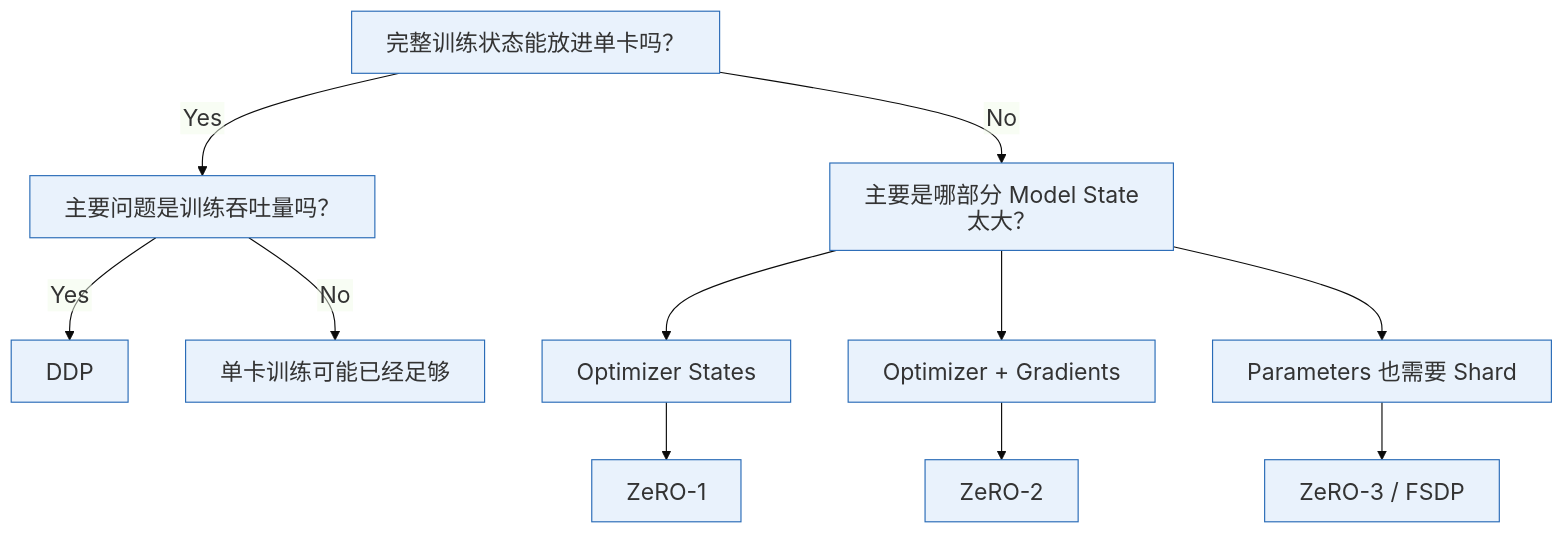
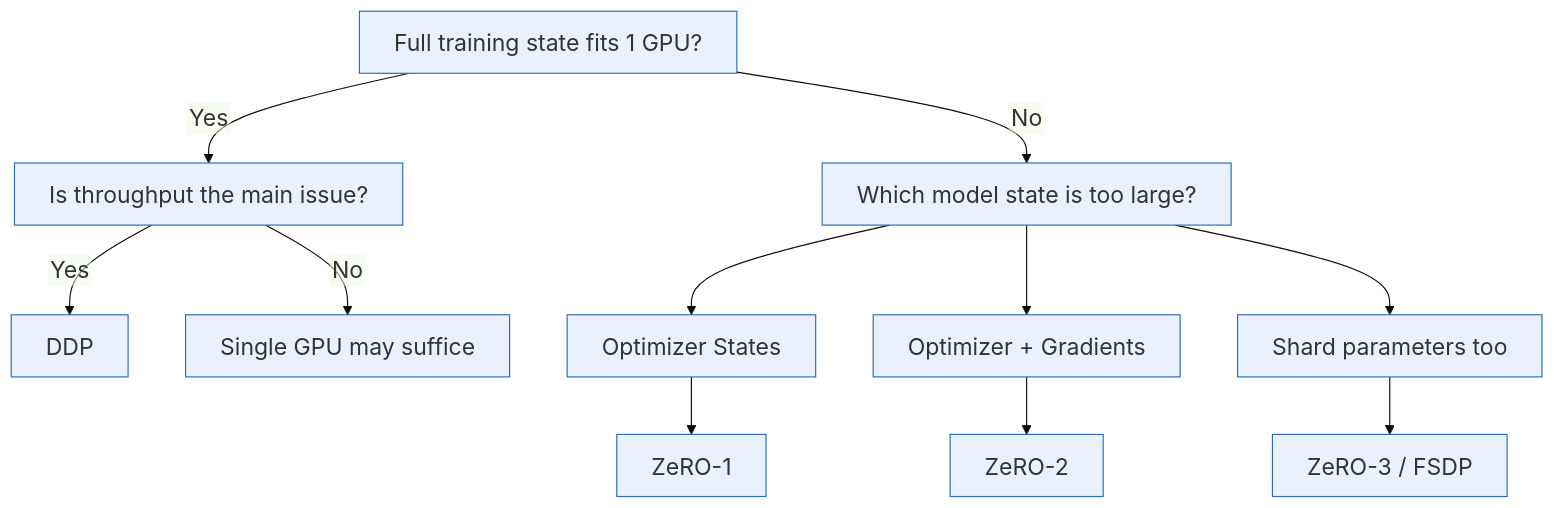
The diagram in en/ch12-llm-training-engineering/figures/ch12.9-summary.mmd (jshn9515/deep-learning-notes), drawn with Mermaid before and after one commit. The commit also changed 11 other files, not shown here.

Commit message:
DOC: Translate Chapter 12 diagram labels

```diff
--- a/en/ch12-llm-training-engineering/figures/ch12.9-summary.mmd
+++ b/en/ch12-llm-training-engineering/figures/ch12.9-summary.mmd
@@ -1,43 +1,43 @@
 ---
 config:
   startOnLoad: false
   theme: base
   htmlLabels: false
   fontFamily: Arial, Microsoft YaHei, Noto Serif CJK SC, sans-serif
   themeVariables:
     fontSize: 20px
     primaryColor: "#e9f2fc"
     primaryBorderColor: "#296bb7"
     primaryTextColor: "#333333"
     lineColor: "#0b0b0b"
 
   flowchart:
     wrappingWidth: 300
 
   themeCSS: |
     .node text,
     .nodeLabel,
     .label text {
       font-weight: 400;
       font-style: normal;
     }
 
     .node rect,
     .flowchart-link {
       stroke-width: 1px;
     }
 ---
 
 flowchart TD
-    A[完整训练状态能放进单卡吗？] -->| Yes | B[主要问题是训练吞吐量吗？]
+    A[Full training state fits 1 GPU?] -->| Yes | B[Is throughput the main issue?]
     B -->| Yes | C[DDP]
-    B -->| No  | D[单卡训练可能已经足够]
+    B -->| No  | D[Single GPU may suffice]
 
-    A -->| No | E[主要是哪部分 Model State 太大？]
+    A -->| No | E[Which model state is too large?]
     E --> F[Optimizer States]
     E --> G[Optimizer + Gradients]
-    E --> H[Parameters 也需要 Shard]
+    E --> H[Shard parameters too]
 
     F --> Z1[ZeRO-1]
     G --> Z2[ZeRO-2]
     H --> Z3[ZeRO-3 / FSDP]
```
